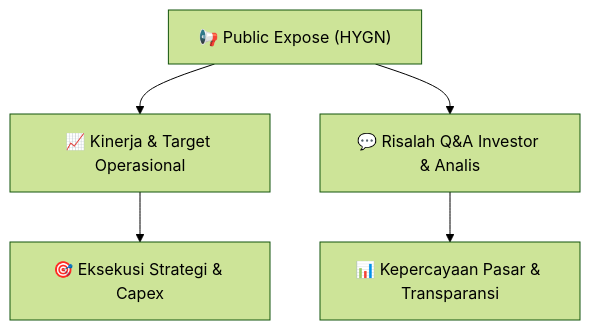
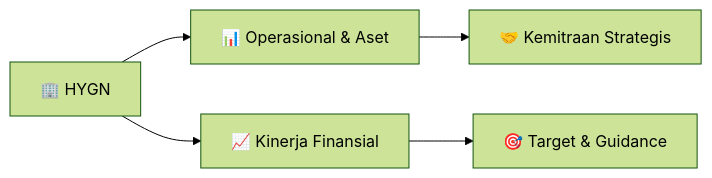
Before and after one commit to anYoneo/alphadigest-idx: the diagram in reports/summaries/public-exposes/informasi-pubex/HYGN_Public_Expose_20260917.md, drawn with Mermaid (forest theme). The commit also changed other lines of this file and 526 other files, not shown here.

````diff
--- a/reports/summaries/public-exposes/informasi-pubex/HYGN_Public_Expose_20260917.md
+++ b/reports/summaries/public-exposes/informasi-pubex/HYGN_Public_Expose_20260917.md
@@ -37,7 +127,7 @@
 ```mermaid
-flowchart TD
-    A["📢 Public Expose (HYGN)"] --> B["📈 Kinerja & Target Operasional"]
-    A --> C["💬 Risalah Q&A Investor & Analis"]
-    B --> D["🎯 Eksekusi Strategi & Capex"]
-    C --> E["📊 Kepercayaan Pasar & Transparansi"]
+flowchart LR
+    A["🏢 HYGN"] --> B["📊 Operasional & Aset"]
+    A --> C["📈 Kinerja Finansial"]
+    B --> D["🤝 Kemitraan Strategis"]
+    C --> E["🎯 Target & Guidance"]
 ```
````
